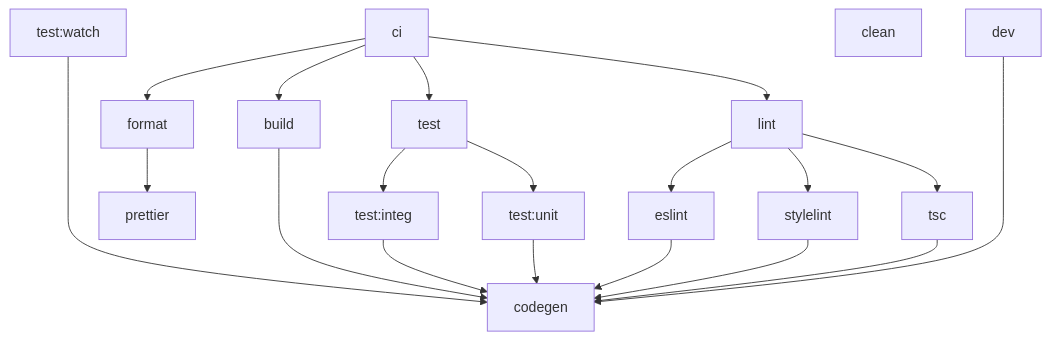
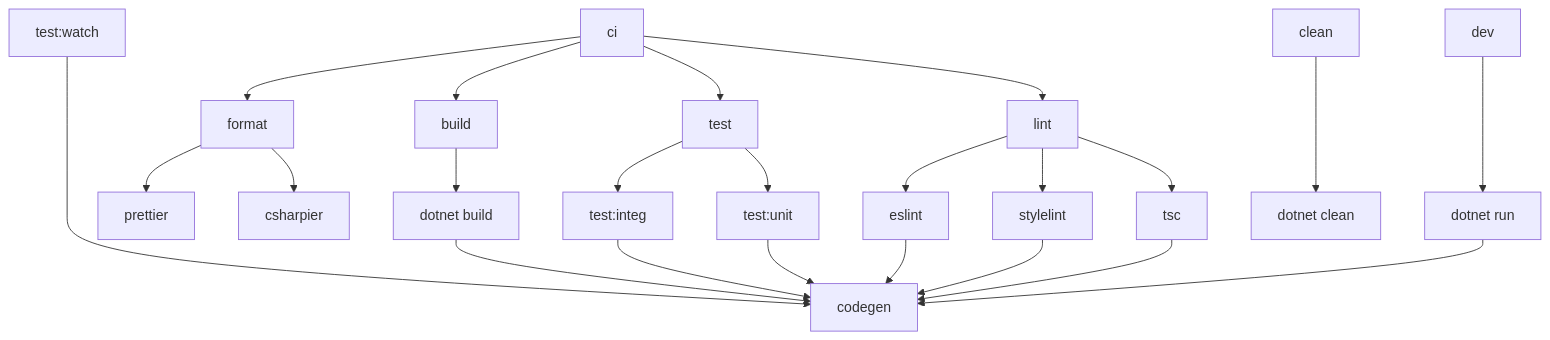
One commit to connorjs/nx-polyglot-example changed the second of 2 diagrams in README.md. Above: the diagram before and after it, drawn with Mermaid. The commit also changed other lines of this file and 6 other files, not shown here.

````diff
--- a/README.md
+++ b/README.md
@@ -232,28 +232,32 @@
 ```mermaid
 graph TD;
     test:watch ----> codegen
 
     ci --> format
     ci --> build
     ci --> test
     ci --> lint
 
-    build ---> codegen
+    build --> dotnet_build[dotnet build]
+    dotnet_build --> codegen
 
     format --> prettier
+    format --> csharpier
 
     test --> test:integ
     test --> test:unit
     test:integ --> codegen
     test:unit --> codegen
 
     lint --> eslint
     lint --> stylelint
     lint --> tsc
     eslint --> codegen
     stylelint --> codegen
     tsc --> codegen
 
-    clean
-    dev ----> codegen
+    clean ---> dotnet_clean[dotnet clean]
+
+    dev ---> dotnet_run[dotnet run]
+    dotnet_run --> codegen
 ```
````
